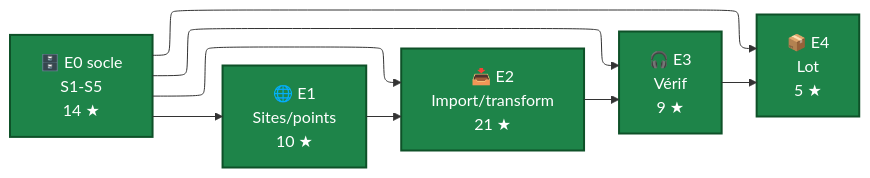
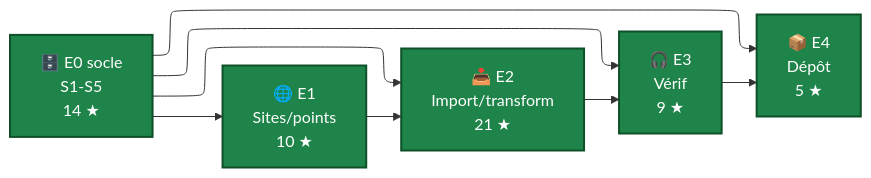
Before and after one commit to IUTInfoAix-S201/brief: the diagram in docs/Analyse et conception/Périmètre MVP.md, drawn with Mermaid. The commit also changed other lines of this file and 27 other files, not shown here.

````diff
--- a/docs/Analyse et conception/Périmètre MVP.md
+++ b/docs/Analyse et conception/Périmètre MVP.md
@@ -26,15 +26,15 @@
 ```mermaid
 %%{init: {"flowchart": {"defaultRenderer": "elk"}, "themeCSS": ".nodeLabel, .nodeLabel p, .nodeLabel span { color: #fff !important; fill: #fff !important; }"}}%%
 flowchart LR
     E0[🗄️ E0 socle<br/>S1-S5<br/>14 ★]
     E1[🌐 E1<br/>Sites/points<br/>10 ★] --> E2[📥 E2<br/>Import/transform<br/>21 ★]
     E2 --> E3[🎧 E3<br/>Vérif<br/>9 ★]
-    E3 --> E4[📦 E4<br/>Lot<br/>5 ★]
+    E3 --> E4[📦 E4<br/>Dépôt<br/>5 ★]
     E0 --> E1
     E0 --> E2
     E0 --> E3
     E0 --> E4
 
     classDef must fill:#1e8449,stroke:#0e5128,color:#fff,stroke-width:2px
     class E0,E1,E2,E3,E4 must
 ```
````
